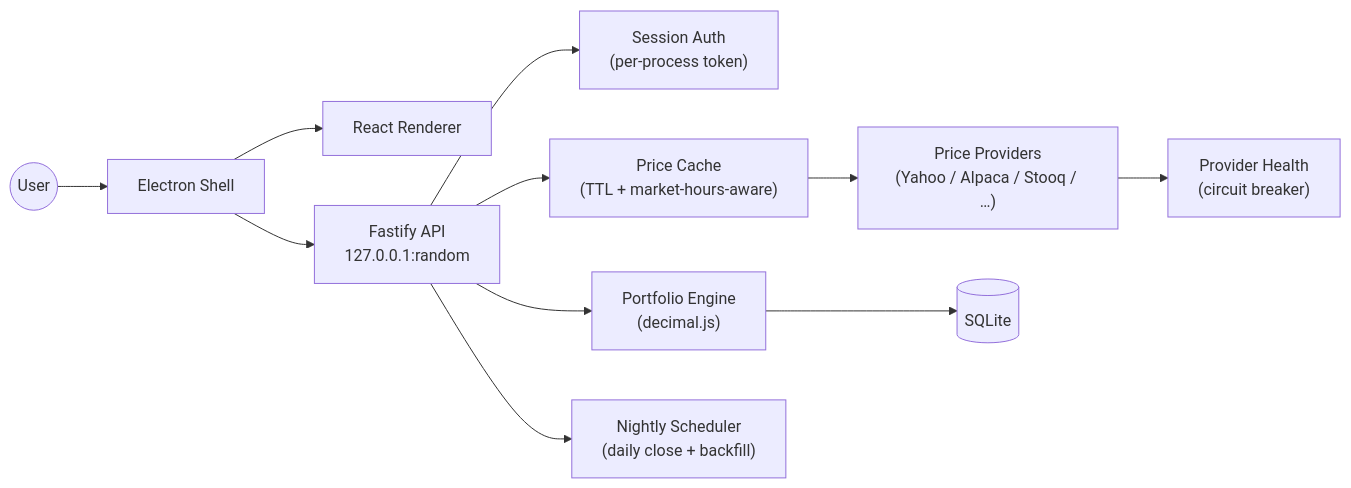
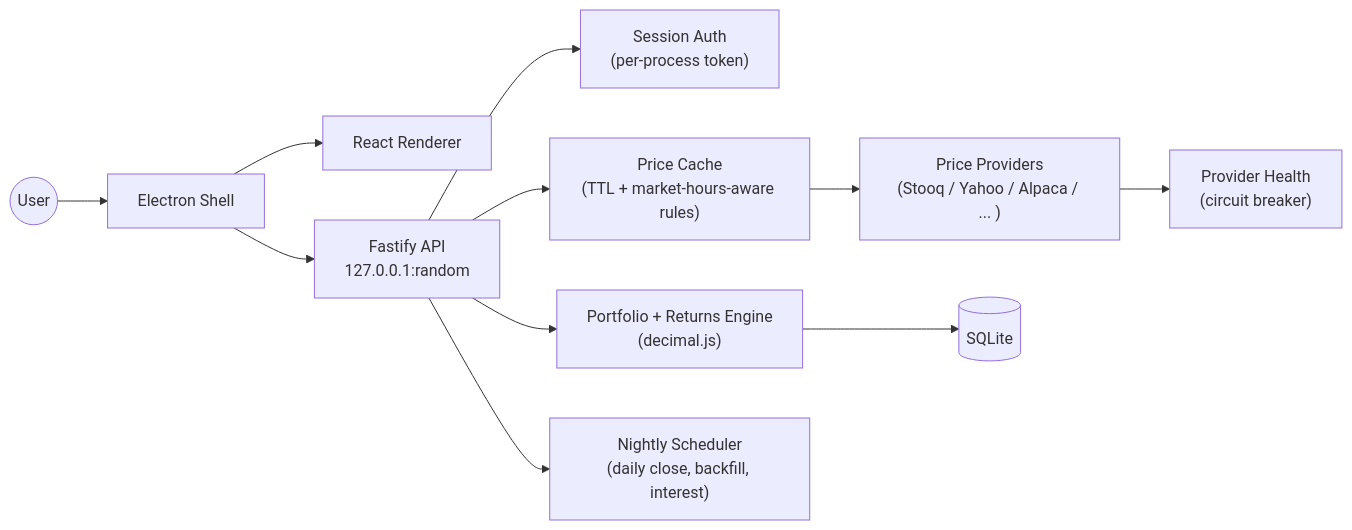
The diagram in README.md (cortega26/portfolio-manager-server), drawn with Mermaid before and after one commit. The commit also changed other lines of this file and 1 other file, not shown here.

````diff
--- a/README.md
+++ b/README.md
@@ -44,13 +50,13 @@
 ```mermaid
 flowchart LR
   user((User)) --> electron[Electron Shell]
   electron --> renderer[React Renderer]
   electron --> fastify[Fastify API<br/>127.0.0.1:random]
   fastify --> session["Session Auth<br/>(per-process token)"]
-  fastify --> cache["Price Cache<br/>(TTL + market-hours-aware)"]
-  cache --> providers["Price Providers<br/>(Yahoo / Alpaca / Stooq / …)"]
+  fastify --> cache["Price Cache<br/>(TTL + market-hours-aware rules)"]
+  cache --> providers["Price Providers<br/>(Stooq / Yahoo / Alpaca / ... )"]
   providers --> health["Provider Health<br/>(circuit breaker)"]
-  fastify --> engine["Portfolio Engine<br/>(decimal.js)"]
+  fastify --> engine["Portfolio + Returns Engine<br/>(decimal.js)"]
   engine --> sqlite[(SQLite)]
-  fastify --> scheduler["Nightly Scheduler<br/>(daily close + backfill)"]
+  fastify --> scheduler["Nightly Scheduler<br/>(daily close, backfill, interest)"]
 ```
````
